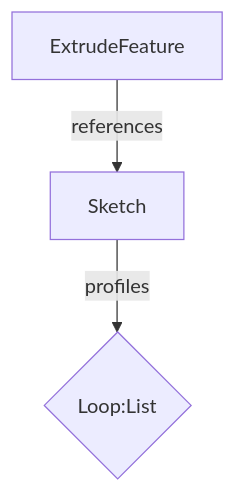
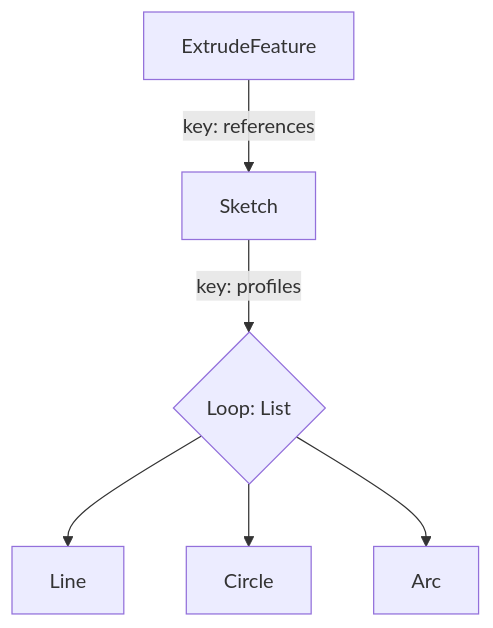
The diagram in README.md (SadilKhan/CC3DParser), drawn with Mermaid before and after one commit. The commit also changed other lines of this file and 2 other files, not shown here.

````diff
--- a/README.md
+++ b/README.md
@@ -50,5 +49,8 @@
 ```mermaid
 graph TD
-    E1[ExtrudeFeature] -->|references| S1[Sketch]
-    S1 --> |profiles| L1{Loop:List};
+    E1[ExtrudeFeature] -->|key: references| S1[Sketch];
+    S1 --> |key: profiles| L1{Loop: List};
+    L1 --> C1[Line];
+    L1 --> C2[Circle];
+    L1 --> C3[Arc];
 ```
````
